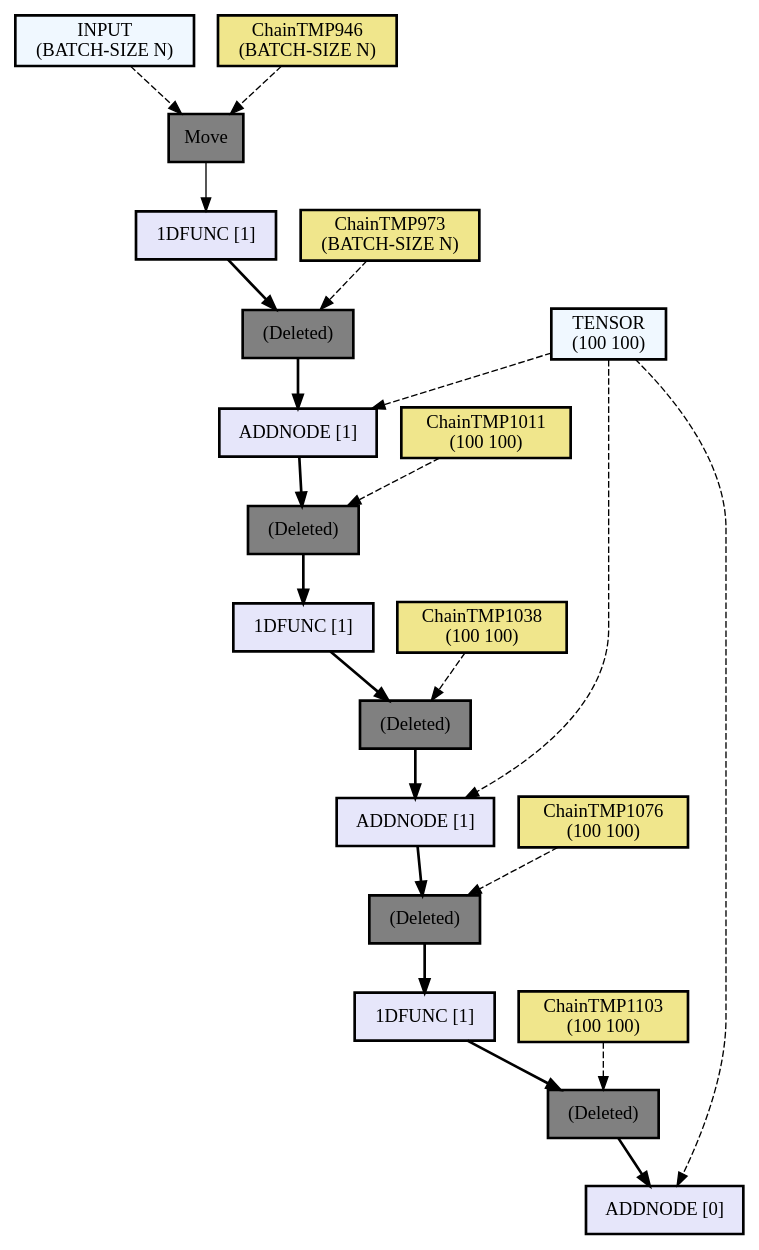
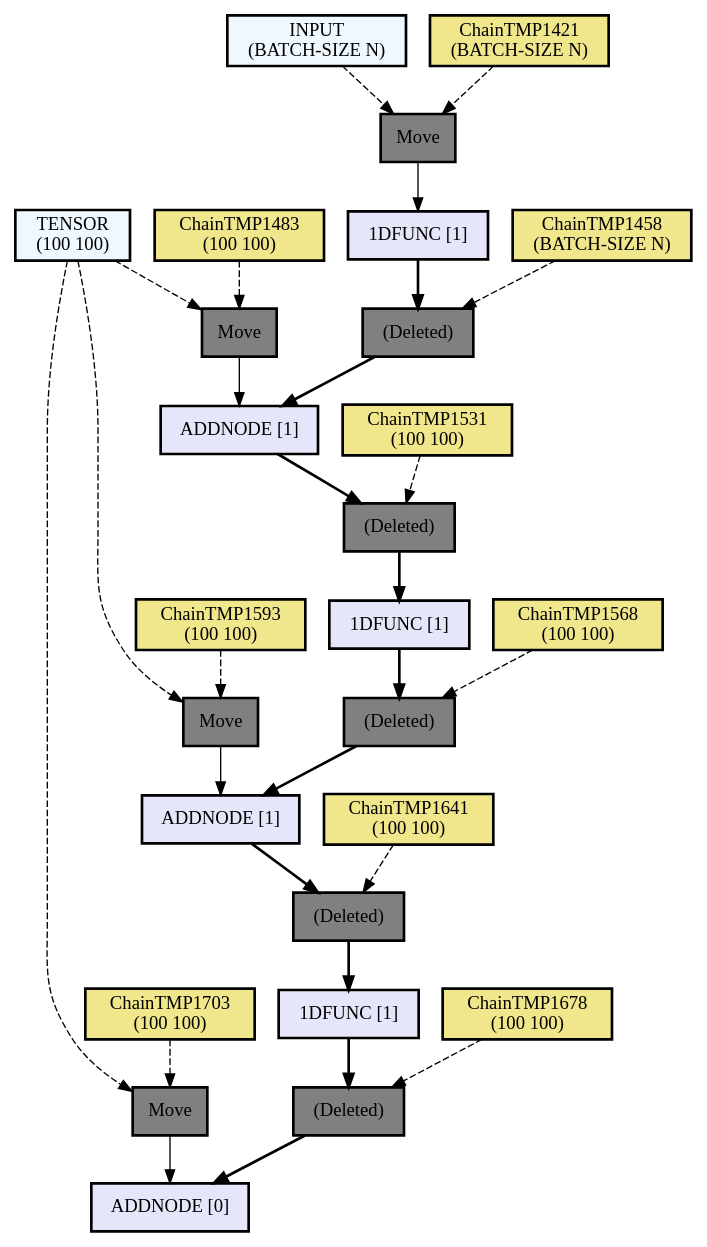
The diagram in assets/out1.dot (hikettei/cl-waffe2), drawn with Graphviz before and after one commit. The commit also changed 6 other files, not shown here.

```diff
--- a/assets/out1.dot
+++ b/assets/out1.dot
@@ -1,56 +1,71 @@
 digraph computation_node {
   node[shape="box" style="filled" color="black" penwidth="2"];
   TENSOR [label = "TENSOR
 (100 100)" fillcolor="#f0f8ff" style="filled, solid"];
+  ChainTMP1703 [label = "ChainTMP1703
+(100 100)" fillcolor="#f0e68c" style="filled, solid"];
+  NODE1815 [label = "Move" fillcolor="gray" style="filled, solid"];
   TENSOR [label = "TENSOR
 (100 100)" fillcolor="#f0f8ff" style="filled, solid"];
+  ChainTMP1593 [label = "ChainTMP1593
+(100 100)" fillcolor="#f0e68c" style="filled, solid"];
+  NODE1812 [label = "Move" fillcolor="gray" style="filled, solid"];
   TENSOR [label = "TENSOR
 (100 100)" fillcolor="#f0f8ff" style="filled, solid"];
+  ChainTMP1483 [label = "ChainTMP1483
+(100 100)" fillcolor="#f0e68c" style="filled, solid"];
+  NODE1809 [label = "Move" fillcolor="gray" style="filled, solid"];
   INPUT [label = "INPUT
 (BATCH-SIZE N)" fillcolor="#f0f8ff" style="filled, solid"];
-  ChainTMP946 [label = "ChainTMP946
+  ChainTMP1421 [label = "ChainTMP1421
 (BATCH-SIZE N)" fillcolor="#f0e68c" style="filled, solid"];
-  NODE1164 [label = "Move" fillcolor="gray" style="filled, solid"];
-  NODE1163 [label = "1DFUNC [1]" fillcolor="#e6e6fa" style="filled, solid"];
-  ChainTMP973 [label = "ChainTMP973
+  NODE1806 [label = "Move" fillcolor="gray" style="filled, solid"];
+  NODE1805 [label = "1DFUNC [1]" fillcolor="#e6e6fa" style="filled, solid"];
+  ChainTMP1458 [label = "ChainTMP1458
 (BATCH-SIZE N)" fillcolor="#f0e68c" style="filled, solid"];
-  NODE1161 [label = "(Deleted)" fillcolor="gray" style="filled, solid"];
-  NODE1160 [label = "ADDNODE [1]" fillcolor="#e6e6fa" style="filled, solid"];
-  ChainTMP1011 [label = "ChainTMP1011
+  NODE1803 [label = "(Deleted)" fillcolor="gray" style="filled, solid"];
+  NODE1802 [label = "ADDNODE [1]" fillcolor="#e6e6fa" style="filled, solid"];
+  ChainTMP1531 [label = "ChainTMP1531
 (100 100)" fillcolor="#f0e68c" style="filled, solid"];
-  NODE1158 [label = "(Deleted)" fillcolor="gray" style="filled, solid"];
-  NODE1157 [label = "1DFUNC [1]" fillcolor="#e6e6fa" style="filled, solid"];
-  ChainTMP1038 [label = "ChainTMP1038
+  NODE1800 [label = "(Deleted)" fillcolor="gray" style="filled, solid"];
+  NODE1799 [label = "1DFUNC [1]" fillcolor="#e6e6fa" style="filled, solid"];
+  ChainTMP1568 [label = "ChainTMP1568
 (100 100)" fillcolor="#f0e68c" style="filled, solid"];
-  NODE1155 [label = "(Deleted)" fillcolor="gray" style="filled, solid"];
-  NODE1154 [label = "ADDNODE [1]" fillcolor="#e6e6fa" style="filled, solid"];
-  ChainTMP1076 [label = "ChainTMP1076
+  NODE1797 [label = "(Deleted)" fillcolor="gray" style="filled, solid"];
+  NODE1796 [label = "ADDNODE [1]" fillcolor="#e6e6fa" style="filled, solid"];
+  ChainTMP1641 [label = "ChainTMP1641
 (100 100)" fillcolor="#f0e68c" style="filled, solid"];
-  NODE1152 [label = "(Deleted)" fillcolor="gray" style="filled, solid"];
-  NODE1151 [label = "1DFUNC [1]" fillcolor="#e6e6fa" style="filled, solid"];
-  ChainTMP1103 [label = "ChainTMP1103
+  NODE1794 [label = "(Deleted)" fillcolor="gray" style="filled, solid"];
+  NODE1793 [label = "1DFUNC [1]" fillcolor="#e6e6fa" style="filled, solid"];
+  ChainTMP1678 [label = "ChainTMP1678
 (100 100)" fillcolor="#f0e68c" style="filled, solid"];
-  NODE1149 [label = "(Deleted)" fillcolor="gray" style="filled, solid"];
-  NODE1148 [label = "ADDNODE [0]" fillcolor="#e6e6fa" style="filled, solid"];
-  NODE1149 -> NODE1148[penwidth="2"];
-  ChainTMP1103 -> NODE1149[style="dashed"];
-  NODE1151 -> NODE1149[penwidth="2"];
-  NODE1152 -> NODE1151[penwidth="2"];
-  ChainTMP1076 -> NODE1152[style="dashed"];
-  NODE1154 -> NODE1152[penwidth="2"];
-  NODE1155 -> NODE1154[penwidth="2"];
-  ChainTMP1038 -> NODE1155[style="dashed"];
-  NODE1157 -> NODE1155[penwidth="2"];
-  NODE1158 -> NODE1157[penwidth="2"];
-  ChainTMP1011 -> NODE1158[style="dashed"];
-  NODE1160 -> NODE1158[penwidth="2"];
-  NODE1161 -> NODE1160[penwidth="2"];
-  ChainTMP973 -> NODE1161[style="dashed"];
-  NODE1163 -> NODE1161[penwidth="2"];
-  NODE1164 -> NODE1163[weight=10];
-  ChainTMP946 -> NODE1164[style="dashed"];
-  INPUT -> NODE1164[style="dashed"];
-  TENSOR -> NODE1160[style="dashed"];
-  TENSOR -> NODE1154[style="dashed"];
-  TENSOR -> NODE1148[style="dashed"];
+  NODE1791 [label = "(Deleted)" fillcolor="gray" style="filled, solid"];
+  NODE1790 [label = "ADDNODE [0]" fillcolor="#e6e6fa" style="filled, solid"];
+  NODE1791 -> NODE1790[penwidth="2"];
+  ChainTMP1678 -> NODE1791[style="dashed"];
+  NODE1793 -> NODE1791[penwidth="2"];
+  NODE1794 -> NODE1793[penwidth="2"];
+  ChainTMP1641 -> NODE1794[style="dashed"];
+  NODE1796 -> NODE1794[penwidth="2"];
+  NODE1797 -> NODE1796[penwidth="2"];
+  ChainTMP1568 -> NODE1797[style="dashed"];
+  NODE1799 -> NODE1797[penwidth="2"];
+  NODE1800 -> NODE1799[penwidth="2"];
+  ChainTMP1531 -> NODE1800[style="dashed"];
+  NODE1802 -> NODE1800[penwidth="2"];
+  NODE1803 -> NODE1802[penwidth="2"];
+  ChainTMP1458 -> NODE1803[style="dashed"];
+  NODE1805 -> NODE1803[penwidth="2"];
+  NODE1806 -> NODE1805[weight=10];
+  ChainTMP1421 -> NODE1806[style="dashed"];
+  INPUT -> NODE1806[style="dashed"];
+  NODE1809 -> NODE1802[weight=10];
+  ChainTMP1483 -> NODE1809[style="dashed"];
+  TENSOR -> NODE1809[style="dashed"];
+  NODE1812 -> NODE1796[weight=10];
+  ChainTMP1593 -> NODE1812[style="dashed"];
+  TENSOR -> NODE1812[style="dashed"];
+  NODE1815 -> NODE1790[weight=10];
+  ChainTMP1703 -> NODE1815[style="dashed"];
+  TENSOR -> NODE1815[style="dashed"];
 }
```
